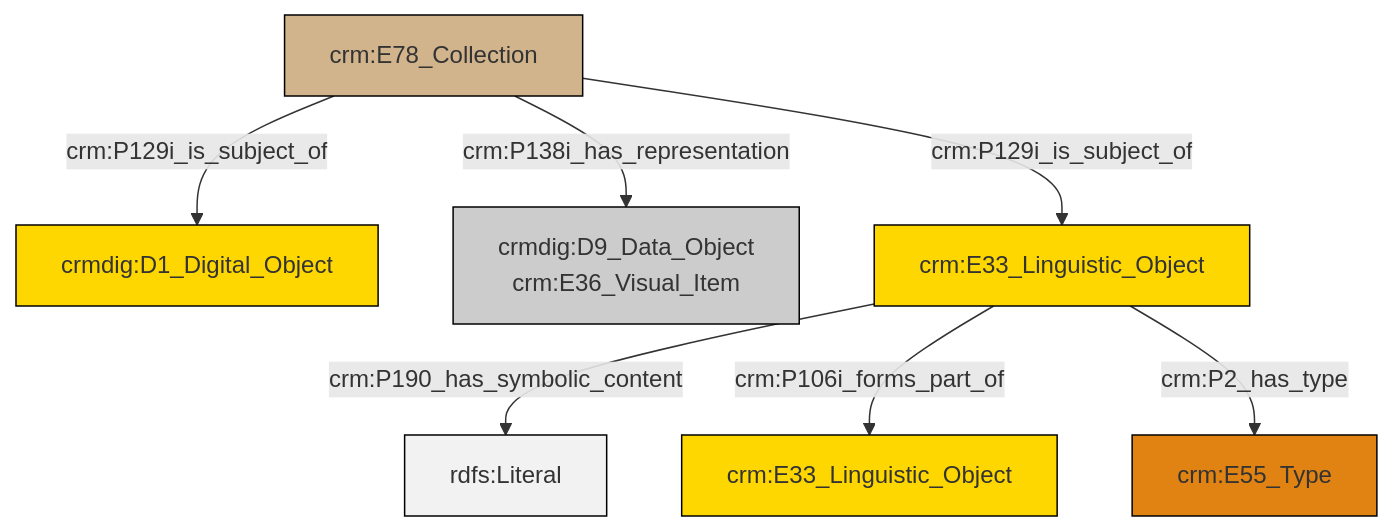
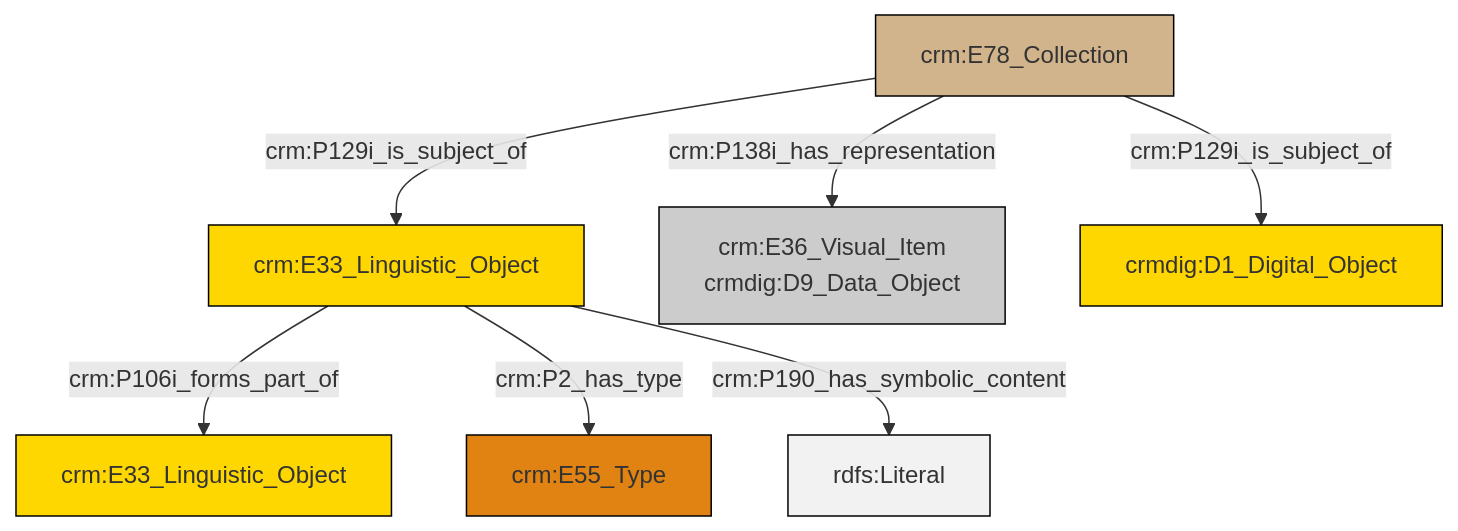
One commit to swiss-art-research-net/docs.swissartresearch changed the diagram in et/archivalCSV/ttl/mmd/archival_docs.ttl.mmd. Above: the diagram before and after it, drawn with Mermaid. The commit also changed 180 other files, not shown here.

```diff
--- a/et/archivalCSV/ttl/mmd/archival_docs.ttl.mmd
+++ b/et/archivalCSV/ttl/mmd/archival_docs.ttl.mmd
@@ -1,21 +1,21 @@
 graph TD
 classDef Literal fill:#f2f2f2,stroke:#000000;
 classDef CRM_Entity fill:#FFFFFF,stroke:#000000;
 classDef Temporal_Entity fill:#00C9E6, stroke:#000000;
 classDef Type fill:#E18312, stroke:#000000;
 classDef Time-Span fill:#2C9C91, stroke:#000000;
 classDef Appellation fill:#FFEB7F, stroke:#000000;
 classDef Place fill:#008836, stroke:#000000;
 classDef Persistent_Item fill:#B266B2, stroke:#000000;
 classDef Conceptual_Object fill:#FFD700, stroke:#000000;
 classDef Physical_Thing fill:#D2B48C, stroke:#000000;
 classDef Actor fill:#f58aad, stroke:#000000;
 classDef PC_Classes fill:#4ce600, stroke:#000000;
 classDef Multi fill:#cccccc,stroke:#000000;
 
-0["crm:E78_Collection"]:::Physical_Thing -->|crm:P129i_is_subject_of| 1["crmdig:D1_Digital_Object"]:::Conceptual_Object
-0["crm:E78_Collection"]:::Physical_Thing -->|crm:P138i_has_representation| 5["crmdig:D9_Data_Object<br>crm:E36_Visual_Item"]:::Multi
-7["crm:E33_Linguistic_Object"]:::Conceptual_Object -->|crm:P190_has_symbolic_content| 8[rdfs:Literal]:::Literal
-7["crm:E33_Linguistic_Object"]:::Conceptual_Object -->|crm:P106i_forms_part_of| 9["crm:E33_Linguistic_Object"]:::Conceptual_Object
-0["crm:E78_Collection"]:::Physical_Thing -->|crm:P129i_is_subject_of| 7["crm:E33_Linguistic_Object"]:::Conceptual_Object
-7["crm:E33_Linguistic_Object"]:::Conceptual_Object -->|crm:P2_has_type| 3["crm:E55_Type"]:::Type
+0["crm:E33_Linguistic_Object"]:::Conceptual_Object -->|crm:P106i_forms_part_of| 1["crm:E33_Linguistic_Object"]:::Conceptual_Object
+0["crm:E33_Linguistic_Object"]:::Conceptual_Object -->|crm:P2_has_type| 4["crm:E55_Type"]:::Type
+6["crm:E78_Collection"]:::Physical_Thing -->|crm:P138i_has_representation| 2["crm:E36_Visual_Item<br>crmdig:D9_Data_Object"]:::Multi
+0["crm:E33_Linguistic_Object"]:::Conceptual_Object -->|crm:P190_has_symbolic_content| 9[rdfs:Literal]:::Literal
+6["crm:E78_Collection"]:::Physical_Thing -->|crm:P129i_is_subject_of| 10["crmdig:D1_Digital_Object"]:::Conceptual_Object
+6["crm:E78_Collection"]:::Physical_Thing -->|crm:P129i_is_subject_of| 0["crm:E33_Linguistic_Object"]:::Conceptual_Object
```
